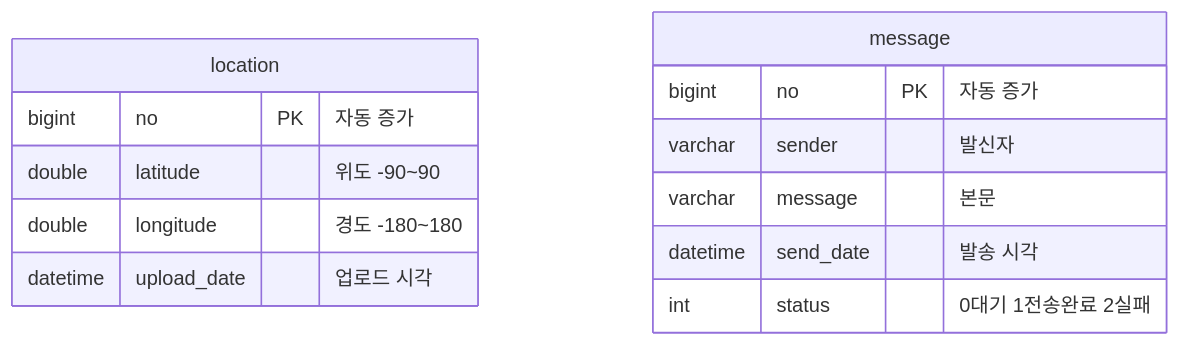
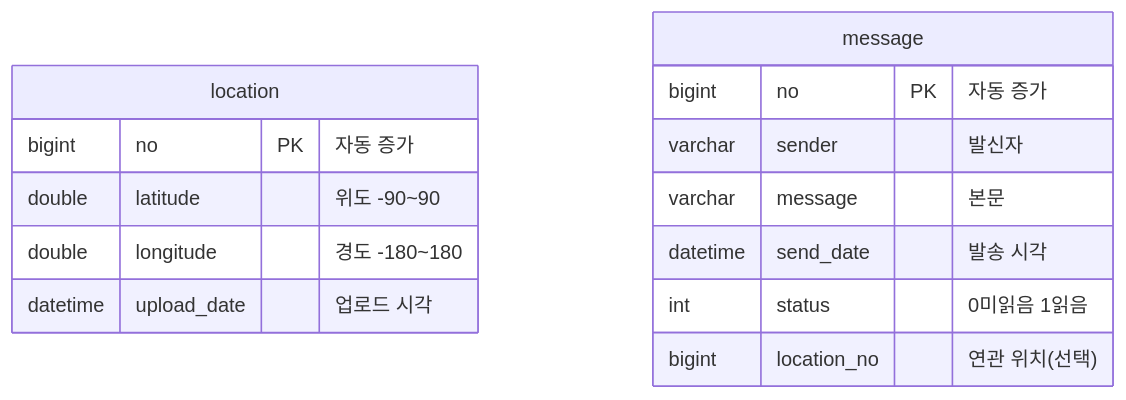
Before and after one commit to skyleedevzero86/expo-rn-map: the seventh of 7 diagrams in README.md, drawn with Mermaid. The commit also changed other lines of this file and 3 other files, not shown here.

````diff
--- a/README.md
+++ b/README.md
@@ -262,17 +263,18 @@
 ```mermaid
 erDiagram
   location {
     bigint no PK "자동 증가"
     double latitude "위도 -90~90"
     double longitude "경도 -180~180"
     datetime upload_date "업로드 시각"
   }
 
   message {
     bigint no PK "자동 증가"
     varchar sender "발신자"
     varchar message "본문"
     datetime send_date "발송 시각"
-    int status "0대기 1전송완료 2실패"
+    int status "0미읽음 1읽음"
+    bigint location_no "연관 위치(선택)"
   }
 ```
````
